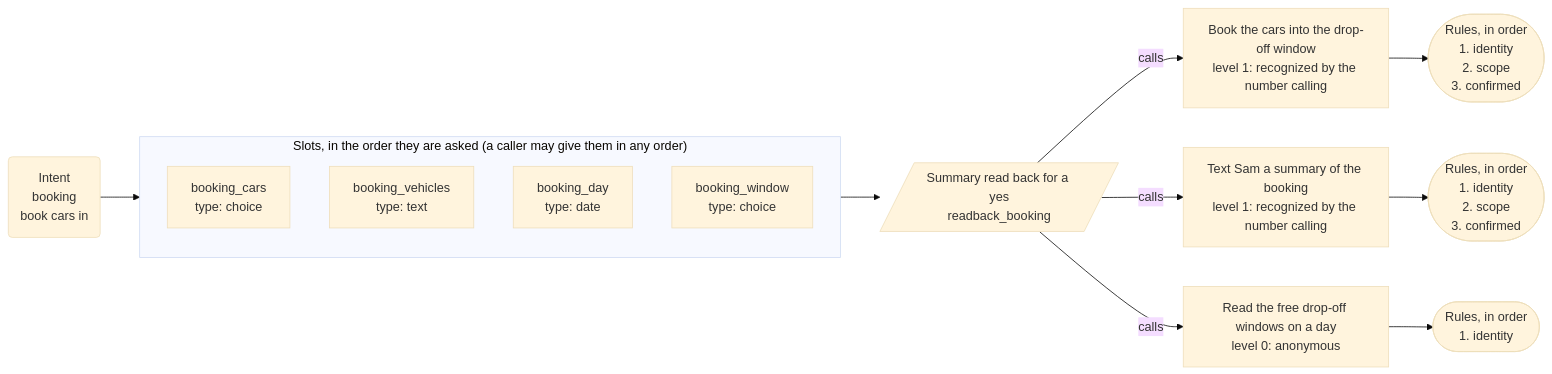
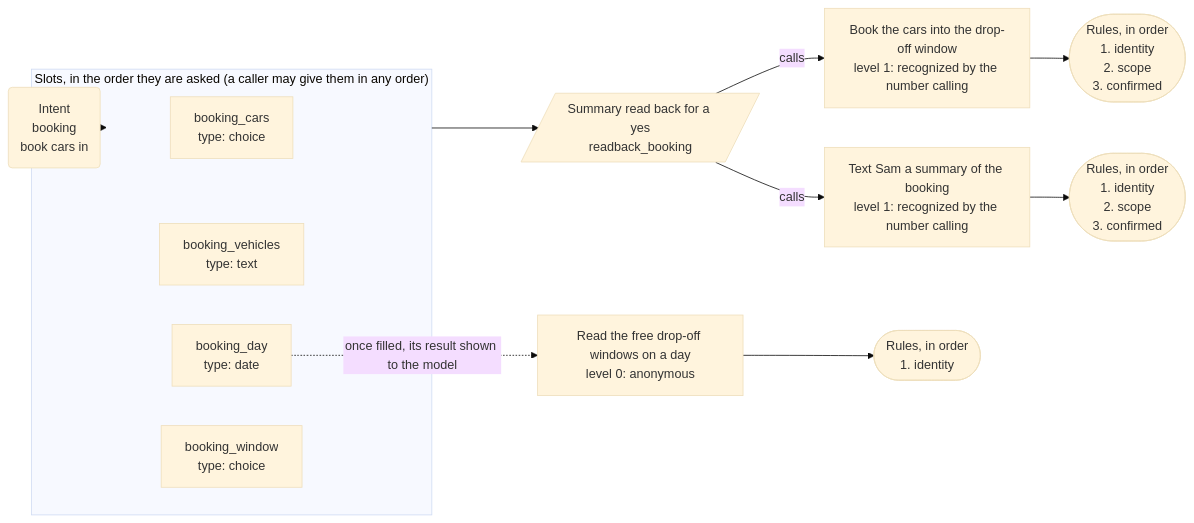
One commit to DialogWright/dialogwright changed the third of 4 diagrams in apps/wheelshop/APP-MAP.md. Above: the diagram before and after it, drawn with Mermaid (base theme). The commit also changed other lines of this file and 7 other files, not shown here.

First line of the commit message:
Agent mode, from building wheelshop: a text value's figure, seen tools on the map, a default corpus seed

````diff
--- a/apps/wheelshop/APP-MAP.md
+++ b/apps/wheelshop/APP-MAP.md
@@ -70,25 +70,25 @@
 ```mermaid
 flowchart LR
   intent("Intent<br/>booking<br/>book cars in")
   subgraph slots["Slots, in the order they are asked (a caller may give them in any order)"]
     s_booking_cars["booking_cars<br/>type: choice"]
     s_booking_vehicles["booking_vehicles<br/>type: text"]
     s_booking_day["booking_day<br/>type: date"]
     s_booking_window["booking_window<br/>type: choice"]
   end
   intent --> slots
   summary[/"Summary read back for a yes<br/>readback_booking"/]
   slots --> summary
   a_book["Book the cars into the drop-off window<br/>level 1: recognized by the number calling"]
   summary -->|"calls"| a_book
   r_book(["Rules, in order<br/>1. identity<br/>2. scope<br/>3. confirmed"])
   a_book --> r_book
   a_notify_owner_booking["Text Sam a summary of the booking<br/>level 1: recognized by the number calling"]
   summary -->|"calls"| a_notify_owner_booking
   r_notify_owner_booking(["Rules, in order<br/>1. identity<br/>2. scope<br/>3. confirmed"])
   a_notify_owner_booking --> r_notify_owner_booking
   a_availability["Read the free drop-off windows on a day<br/>level 0: anonymous"]
-  summary -->|"calls"| a_availability
+  s_booking_day -.->|"once filled, its result shown to the model"| a_availability
   r_availability(["Rules, in order<br/>1. identity"])
   a_availability --> r_availability
 ```
````
